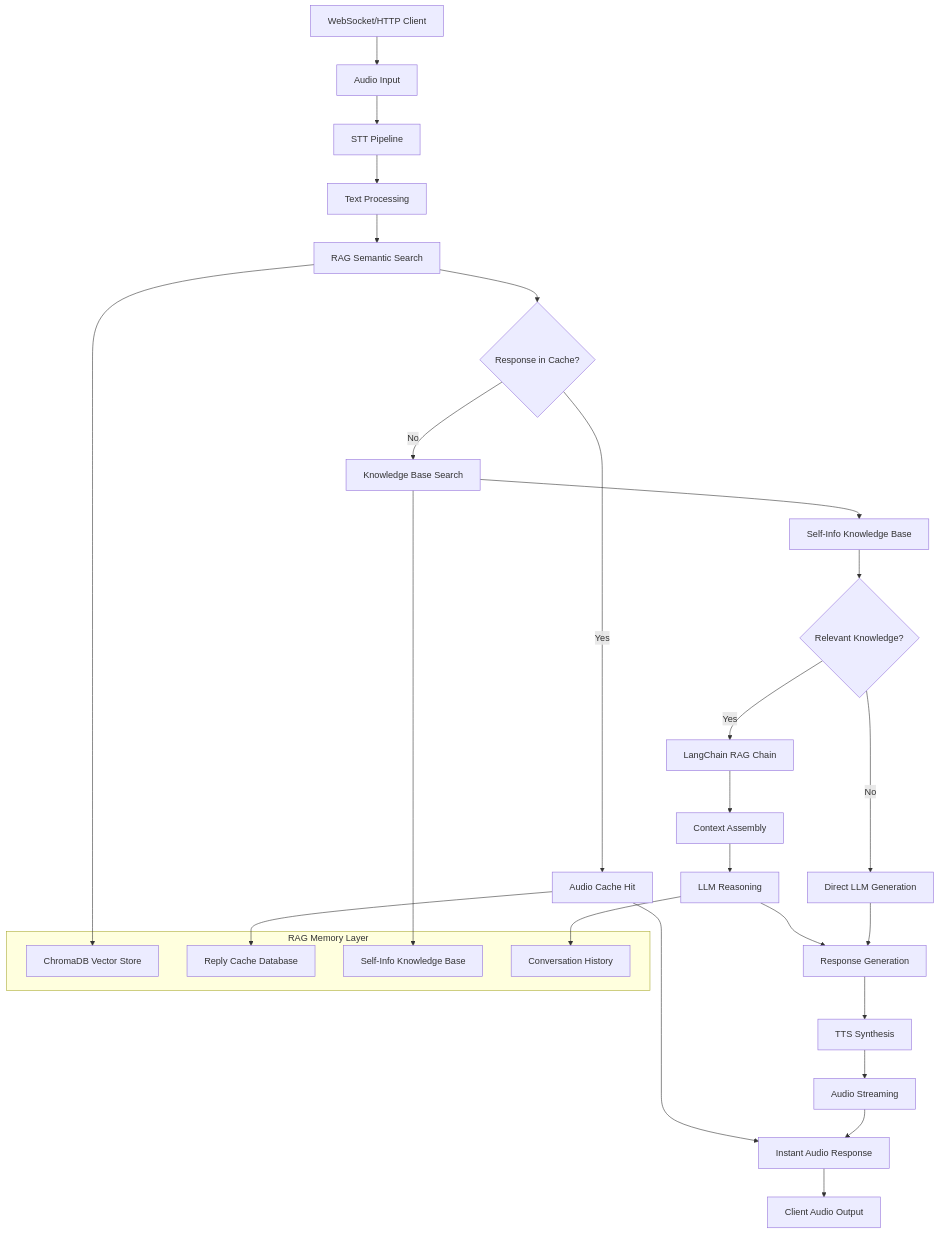
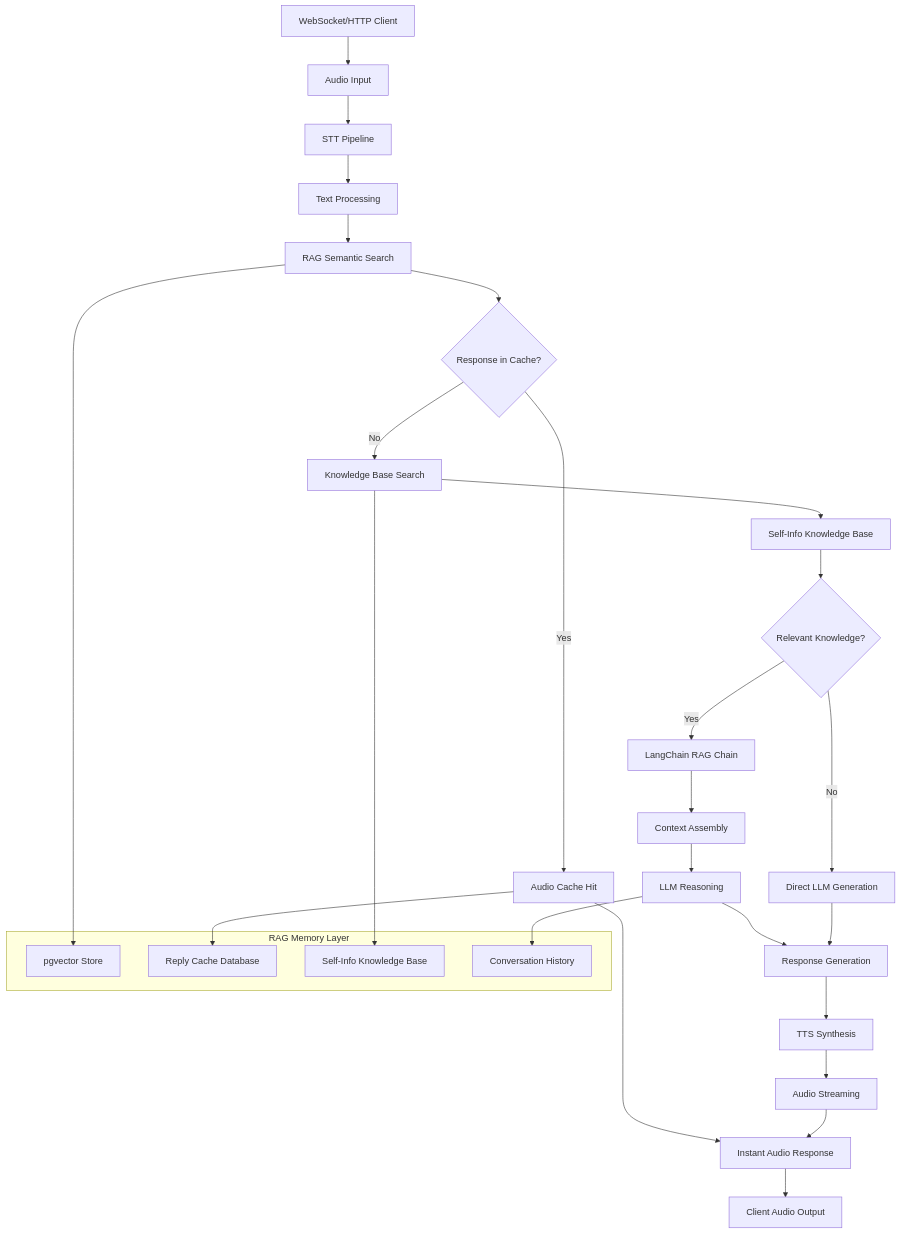
Before and after one commit to AteetVatan/echo-ai: the first of 11 diagrams in readme.md, drawn with Mermaid. The commit also changed other lines of this file and 553 other files, not shown here.

````diff
--- a/readme.md
+++ b/readme.md
@@ -128,41 +128,41 @@
 ```mermaid
 flowchart TD
     A[WebSocket/HTTP Client] --> B[Audio Input]
     B --> C[STT Pipeline]
     C --> D[Text Processing]
     D --> E[RAG Semantic Search]
     
     E --> F{Response in Cache?}
     F -->|Yes| G[Audio Cache Hit]
     F -->|No| H[Knowledge Base Search]
     
     H --> I[Self-Info Knowledge Base]
     I --> J{Relevant Knowledge?}
     J -->|Yes| K[LangChain RAG Chain]
     J -->|No| L[Direct LLM Generation]
     
     K --> M[Context Assembly]
     M --> N[LLM Reasoning]
     N --> O[Response Generation]
     
     L --> O
     O --> P[TTS Synthesis]
     P --> Q[Audio Streaming]
     
     G --> R[Instant Audio Response]
     Q --> R
     
     R --> S[Client Audio Output]
     
     subgraph "RAG Memory Layer"
-        T[ChromaDB Vector Store]
+        T[pgvector Store]
         U[Reply Cache Database]
         V[Self-Info Knowledge Base]
         W[Conversation History]
     end
     
     E --> T
     G --> U
     H --> V
     N --> W
 ```
````
